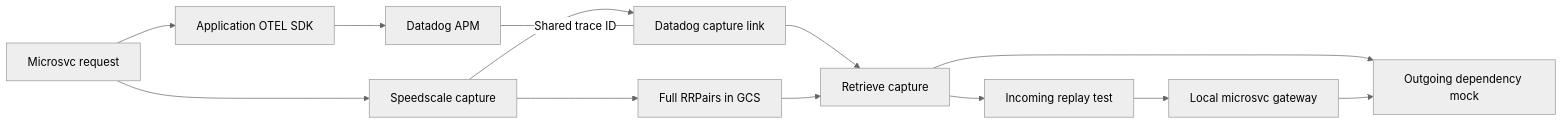
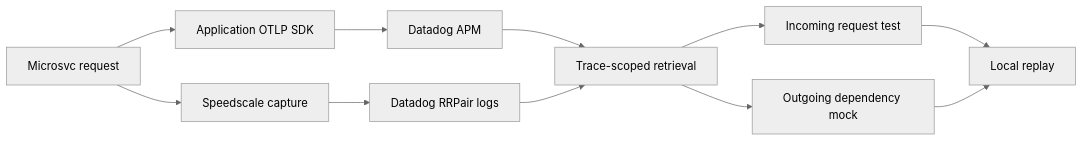
Before and after one commit to speedscale/speedscale-byoc: the diagram in recipes/datadog-to-replay/DEMO.md, drawn with Mermaid (neutral theme). The commit also changed other lines of this file and 49 other files, not shown here.

````diff
--- a/recipes/datadog-to-replay/DEMO.md
+++ b/recipes/datadog-to-replay/DEMO.md
@@ -9,15 +7,13 @@
 ```mermaid
 flowchart LR
-  App[Microsvc request] --> SDK[Application OTEL SDK]
+  App[Microsvc request] --> SDK[Application OTLP SDK]
   SDK --> APM[Datadog APM]
   App --> Capture[Speedscale capture]
-  Capture --> GCS[Full RRPairs in GCS]
-  Capture --> Log[Datadog capture link]
-  APM ---|Shared trace ID| Log
-  Log --> Gather[Retrieve capture]
-  GCS --> Gather
-  Gather --> Test[Incoming replay test]
+  Capture --> Logs[Datadog RRPair logs]
+  APM --> Gather[Trace-scoped retrieval]
+  Logs --> Gather
+  Gather --> Test[Incoming request test]
   Gather --> Mock[Outgoing dependency mock]
-  Test --> Gateway[Local microsvc gateway]
-  Gateway --> Mock
+  Test --> Replay[Local replay]
+  Mock --> Replay
 ```
````
